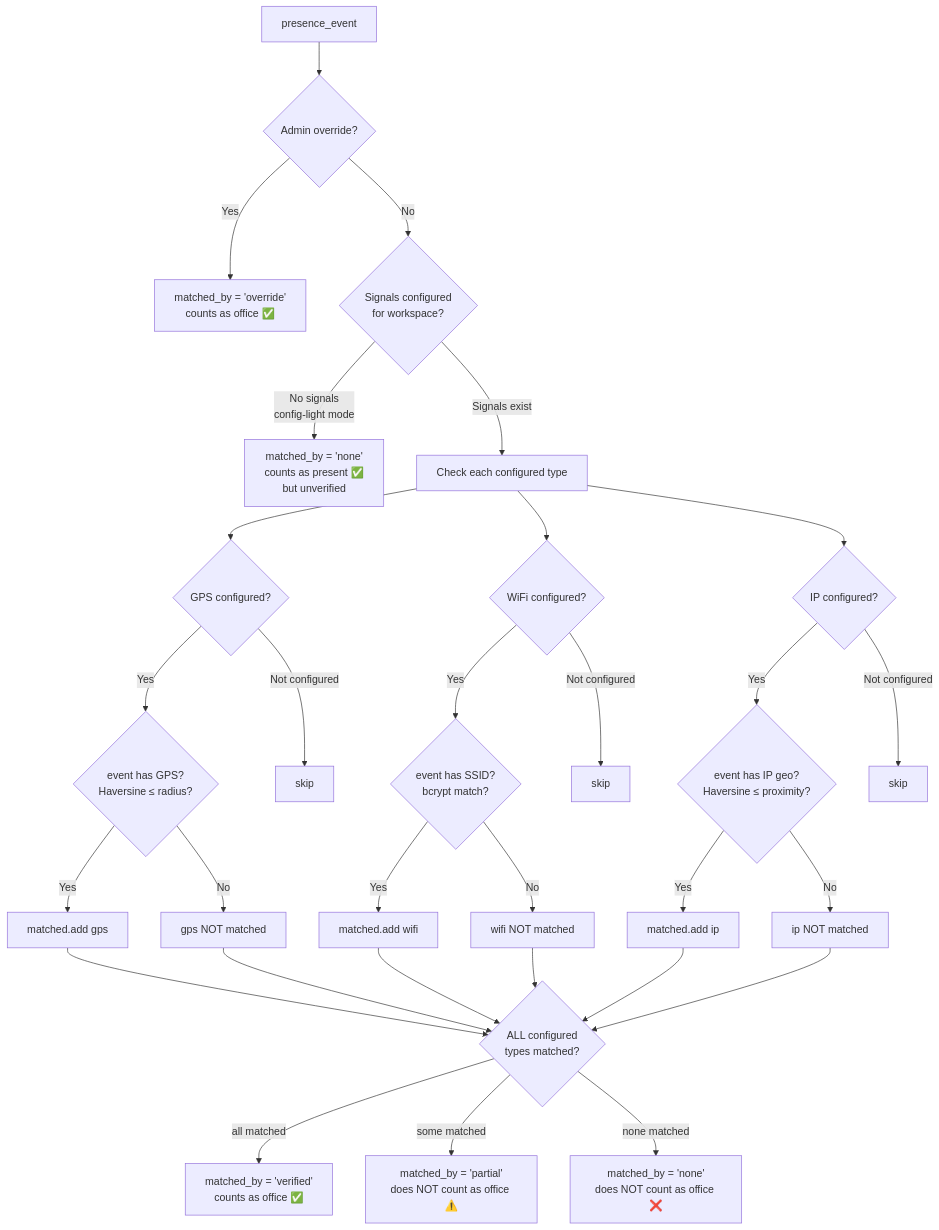
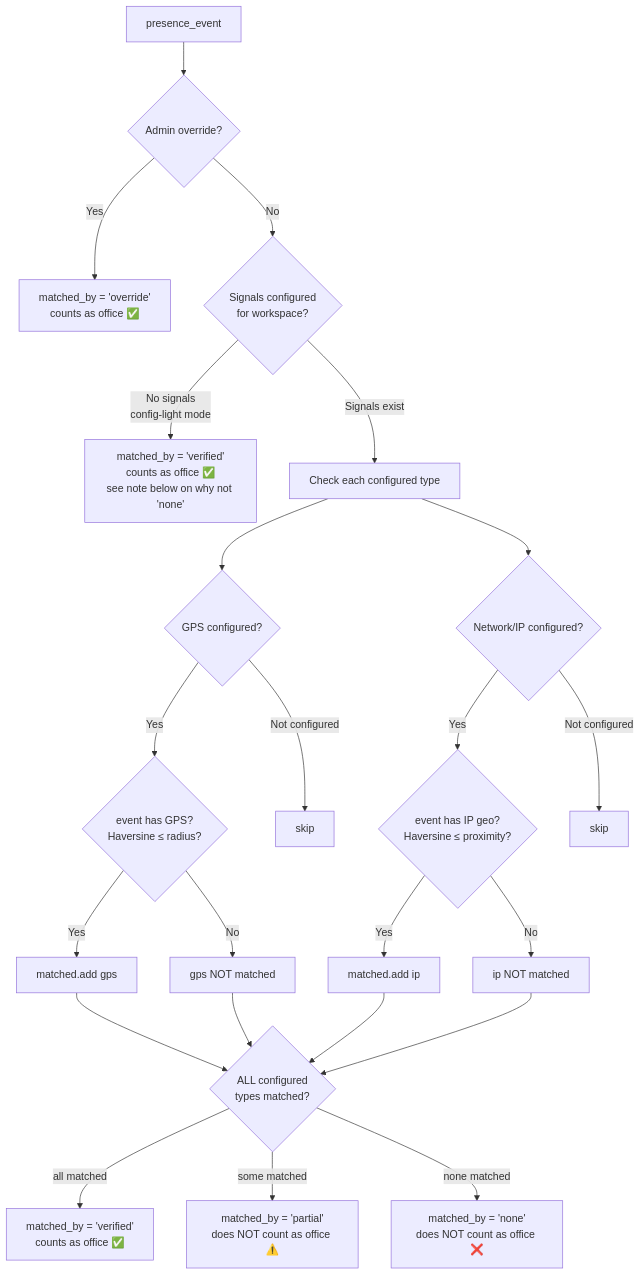
The first of 4 diagrams in docs/architecture/signal-matching.md (ksharmaGN/venzio), drawn with Mermaid before and after one commit. The commit also changed other lines of this file and 14 other files, not shown here.

````diff
--- a/docs/architecture/signal-matching.md
+++ b/docs/architecture/signal-matching.md
@@ -33,35 +33,29 @@
 ```mermaid
 flowchart TD
   A[presence_event] --> B{Admin override?}
   B -->|Yes| OV[matched_by = 'override'\ncounts as office ✅]
 
   B -->|No| C{Signals configured\nfor workspace?}
-  C -->|No signals\nconfig-light mode| CL[matched_by = 'none'\ncounts as present ✅\nbut unverified]
+  C -->|No signals\nconfig-light mode| CL[matched_by = 'verified'\ncounts as office ✅\nsee note below on why not 'none']
 
   C -->|Signals exist| D[Check each configured type]
 
   D --> G{GPS configured?}
   G -->|Yes| H{event has GPS?\nHaversine ≤ radius?}
   H -->|Yes| I[matched.add gps]
   H -->|No| J[gps NOT matched]
   G -->|Not configured| K[skip]
 
-  D --> L{WiFi configured?}
-  L -->|Yes| M{event has SSID?\nbcrypt match?}
-  M -->|Yes| N[matched.add wifi]
-  M -->|No| O[wifi NOT matched]
-  L -->|Not configured| P[skip]
-
-  D --> Q{IP configured?}
+  D --> Q{Network/IP configured?}
   Q -->|Yes| R{event has IP geo?\nHaversine ≤ proximity?}
   R -->|Yes| S[matched.add ip]
   R -->|No| T[ip NOT matched]
   Q -->|Not configured| U[skip]
 
-  I & N & S --> V{ALL configured\ntypes matched?}
-  J & O & T --> V
+  I & S --> V{ALL configured\ntypes matched?}
+  J & T --> V
 
   V -->|all matched| VF[matched_by = 'verified'\ncounts as office ✅]
   V -->|some matched| PF[matched_by = 'partial'\ndoes NOT count as office ⚠️]
   V -->|none matched| NF[matched_by = 'none'\ndoes NOT count as office ❌]
 ```
````
